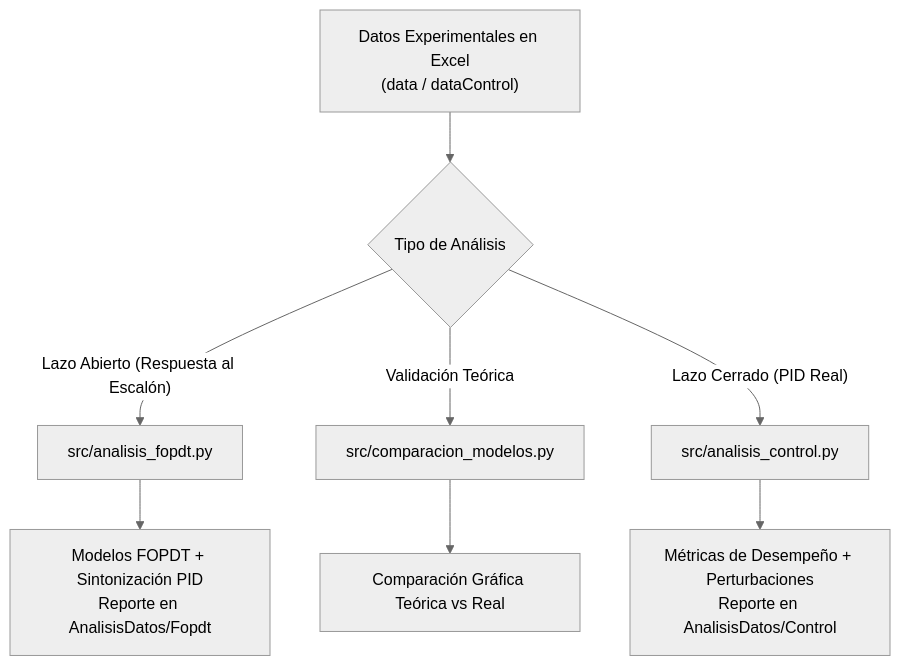
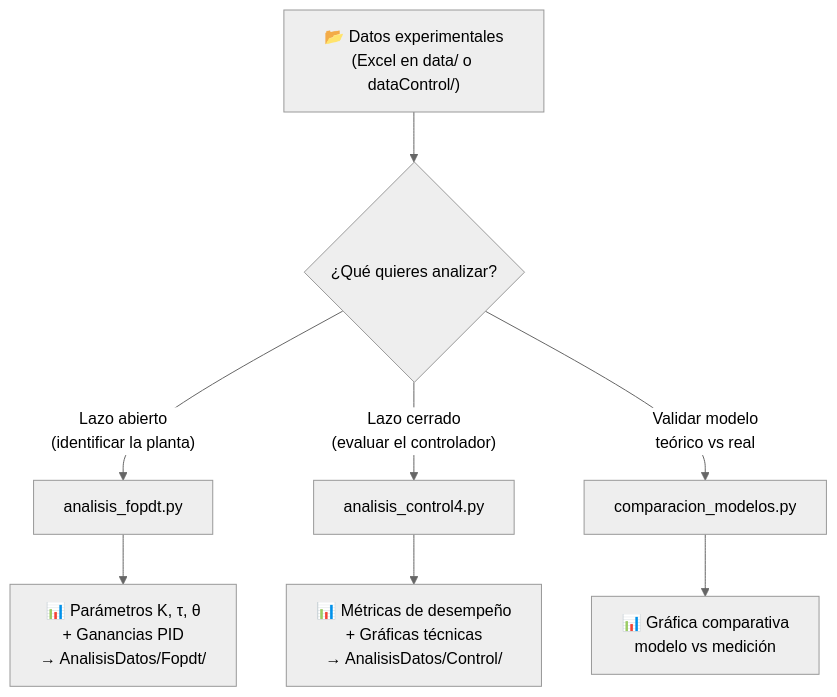
One commit to cesar191/ModelosBJT changed the diagram in README.md. Above: the diagram before and after it, drawn with Mermaid (neutral theme). The commit also changed other lines of this file, not shown here.

````diff
--- a/README.md
+++ b/README.md
@@ -17,12 +154,13 @@
 ```mermaid
 flowchart TD
-    A["Datos Experimentales en Excel\n(data / dataControl)"] --> B{"Tipo de Análisis"}
-    
-    B -->|"Lazo Abierto (Respuesta al Escalón)"| C["src/analisis_fopdt.py"]
-    B -->|"Validación Teórica"| D["src/comparacion_modelos.py"]
-    B -->|"Lazo Cerrado (PID Real)"| E["src/analisis_control.py"]
-    
-    C --> F["Modelos FOPDT + Sintonización PID\nReporte en AnalisisDatos/Fopdt"]
-    D --> G["Comparación Gráfica Teórica vs Real"]
-    E --> H["Métricas de Desempeño + Perturbaciones\nReporte en AnalisisDatos/Control"]
+    A["📂 Datos experimentales\n(Excel en data/ o dataControl/)"]
+    A --> B{"¿Qué quieres analizar?"}
+
+    B -->|"Lazo abierto\n(identificar la planta)"| C["analisis_fopdt.py"]
+    B -->|"Lazo cerrado\n(evaluar el controlador)"| D["analisis_control4.py"]
+    B -->|"Validar modelo\nteórico vs real"| E["comparacion_modelos.py"]
+
+    C --> F["📊 Parámetros K, τ, θ\n+ Ganancias PID\n→ AnalisisDatos/Fopdt/"]
+    D --> G["📊 Métricas de desempeño\n+ Gráficas técnicas\n→ AnalisisDatos/Control/"]
+    E --> H["📊 Gráfica comparativa\nmodelo vs medición"]
 ```
````
